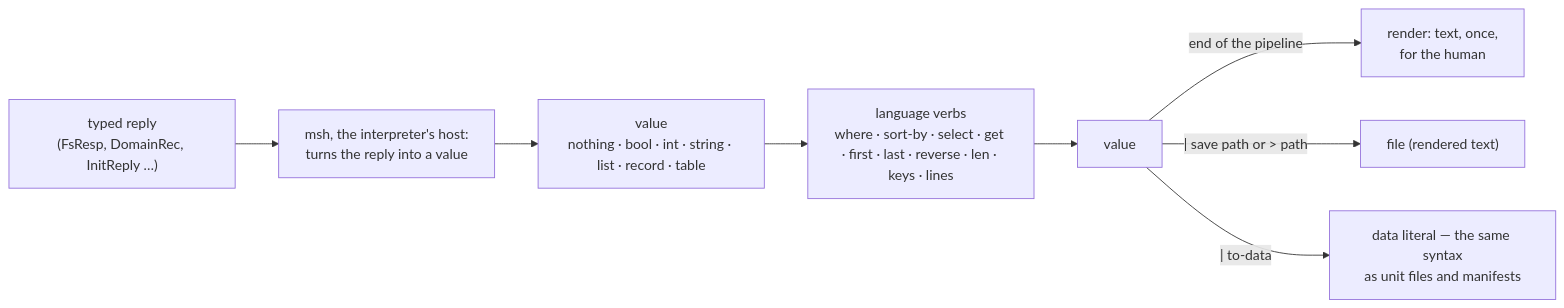
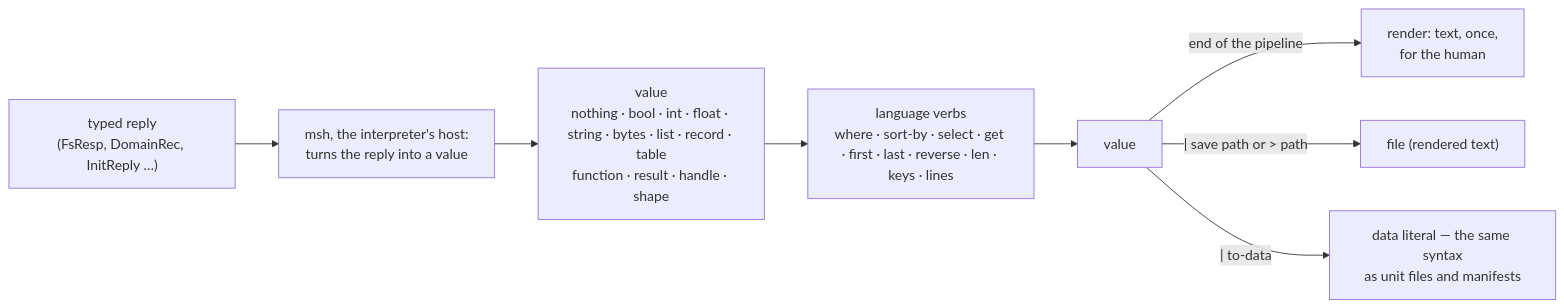
One commit to mylanconnolly/moss changed the first of 4 diagrams in docs/shell.md. Above: the diagram before and after it, drawn with Mermaid. The commit also changed other lines of this file and 32 other files, not shown here.

````diff
--- a/docs/shell.md
+++ b/docs/shell.md
@@ -40,10 +40,10 @@
 ```mermaid
 flowchart LR
   IPC["typed reply\n(FsResp, DomainRec, InitReply …)"] --> HOST["msh, the interpreter's host:\nturns the reply into a value"]
-  HOST --> V["value\nnothing · bool · int · string · list · record · table"]
+  HOST --> V["value\nnothing · bool · int · float · string · bytes · list · record · table\nfunction · result · handle · shape"]
   V --> VERBS["language verbs\nwhere · sort-by · select · get · first · last · reverse · len · keys · lines"]
   VERBS --> V2["value"]
   V2 -- "end of the pipeline" --> R["render: text, once,\nfor the human"]
   V2 -- "| save path  or  > path" --> F["file (rendered text)"]
   V2 -- "| to-data" --> D["data literal — the same syntax\nas unit files and manifests"]
 ```
````
